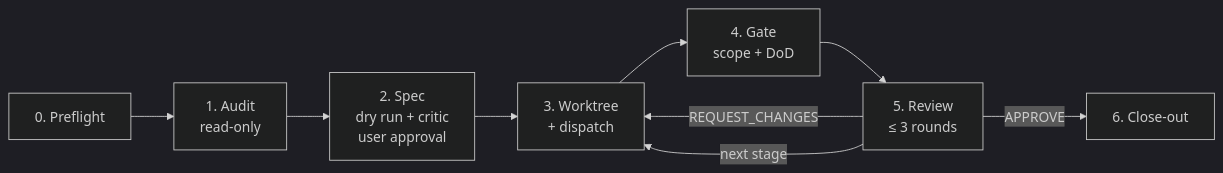
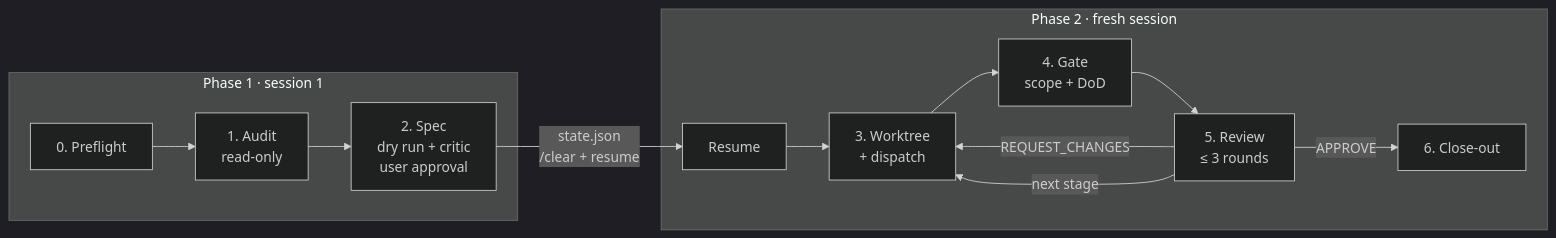
Before and after one commit to cosmo-chang-1701/spec-audit-and-refactor: the diagram in README.md, drawn with Mermaid (dark theme). The commit also changed other lines of this file and 13 other files, not shown here.

````diff
--- a/README.md
+++ b/README.md
@@ -64,11 +67,16 @@
 ```mermaid
 flowchart LR
+    subgraph P1[Phase 1 · session 1]
     A[0. Preflight] --> B[1. Audit<br/>read-only]
     B --> C[2. Spec<br/>dry run + critic<br/>user approval]
-    C --> D[3. Worktree<br/>+ dispatch]
+    end
+    C -->|state.json<br/>/clear + resume| R[Resume]
+    subgraph P2[Phase 2 · fresh session]
+    R --> D[3. Worktree<br/>+ dispatch]
     D --> E[4. Gate<br/>scope + DoD]
     E --> F[5. Review<br/>≤ 3 rounds]
     F -->|REQUEST_CHANGES| D
     F -->|next stage| D
     F -->|APPROVE| G[6. Close-out]
+    end
 ```
````
